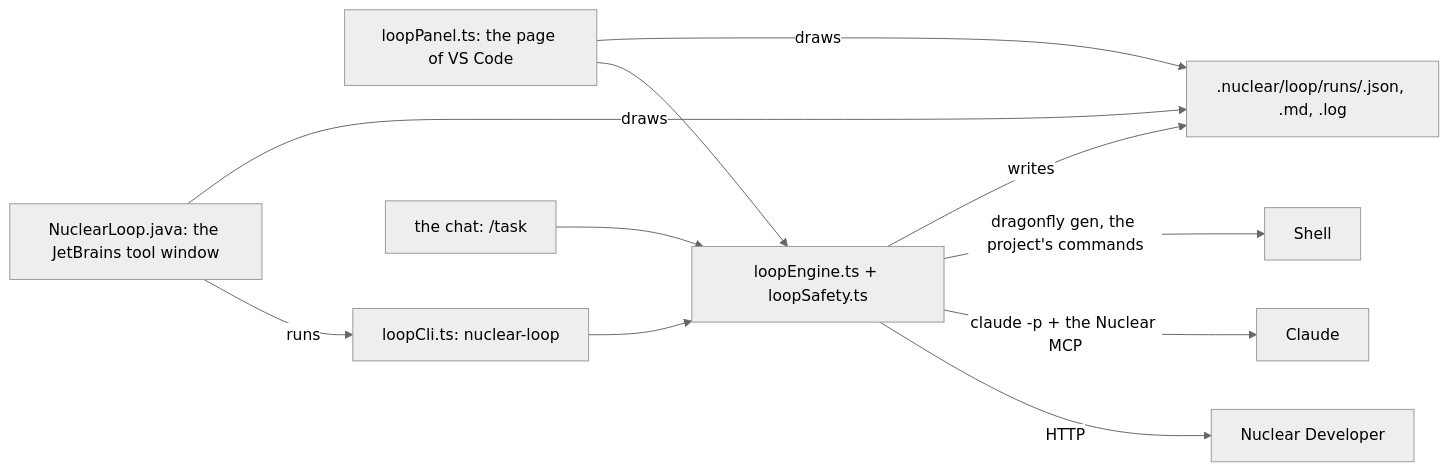
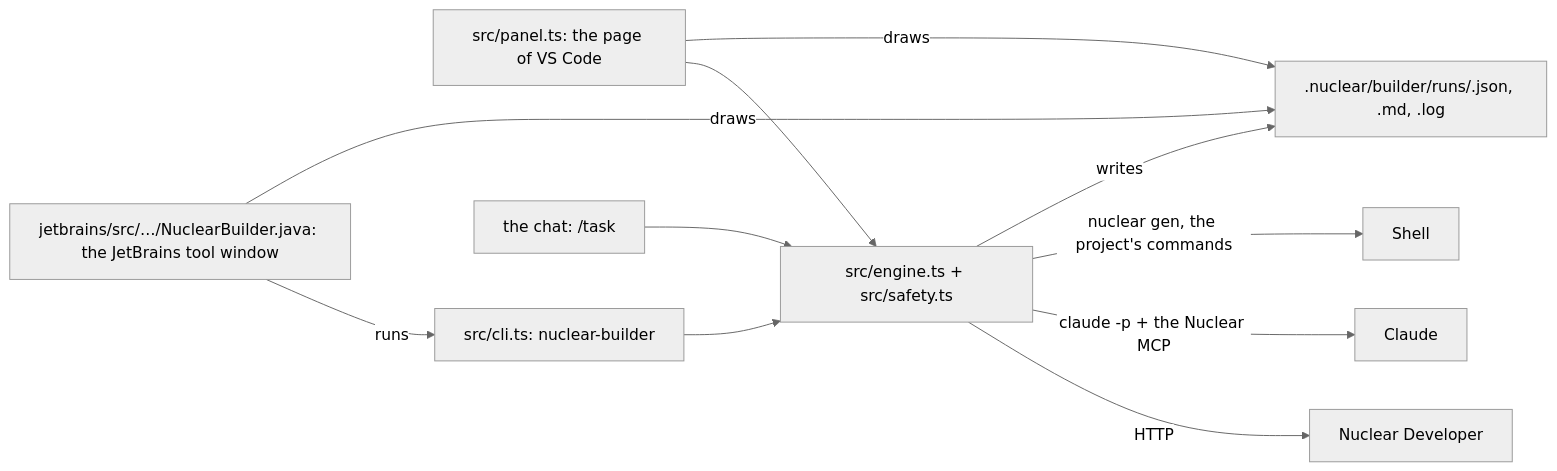
One commit to nuclearlang/lang changed the diagram in extensions/tools/nuclear-builder/docs/02-architecture/overview.md. Above: the diagram before and after it, drawn with Mermaid (neutral theme). The commit also changed other lines of this file and 966 other files, not shown here.

````diff
--- a/extensions/tools/nuclear-builder/docs/02-architecture/overview.md
+++ b/extensions/tools/nuclear-builder/docs/02-architecture/overview.md
@@ -9,13 +9,13 @@
 ```mermaid
 flowchart LR
-  page[loopPanel.ts: the page of VS Code] --> engine[loopEngine.ts + loopSafety.ts]
-  cli[loopCli.ts: nuclear-loop] --> engine
-  jb[NuclearLoop.java: the JetBrains tool window] -- runs --> cli
+  page[src/panel.ts: the page of VS Code] --> engine[src/engine.ts + src/safety.ts]
+  cli[src/cli.ts: nuclear-builder] --> engine
+  jb[jetbrains/src/…/NuclearBuilder.java: the JetBrains tool window] -- runs --> cli
   chat[the chat: /task] --> engine
   engine -- HTTP --> dev[Nuclear Developer]
   engine -- "claude -p + the Nuclear MCP" --> claude[Claude]
-  engine -- "dragonfly gen, the project's commands" --> shell[Shell]
-  engine -- writes --> run[".nuclear/loop/runs/<id>.json, .md, .log"]
+  engine -- "nuclear gen, the project's commands" --> shell[Shell]
+  engine -- writes --> run[".nuclear/builder/runs/<id>.json, .md, .log"]
   page -- draws --> run
   jb -- draws --> run
 ```
````
